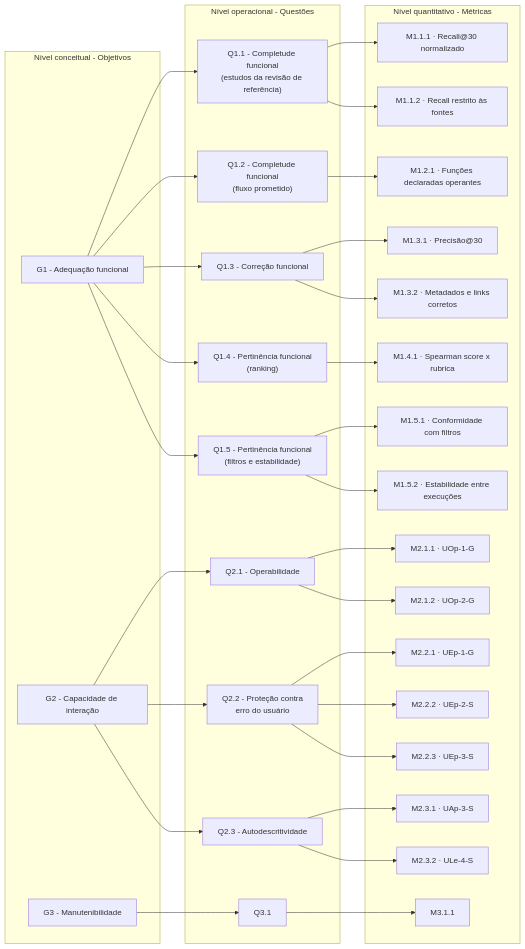
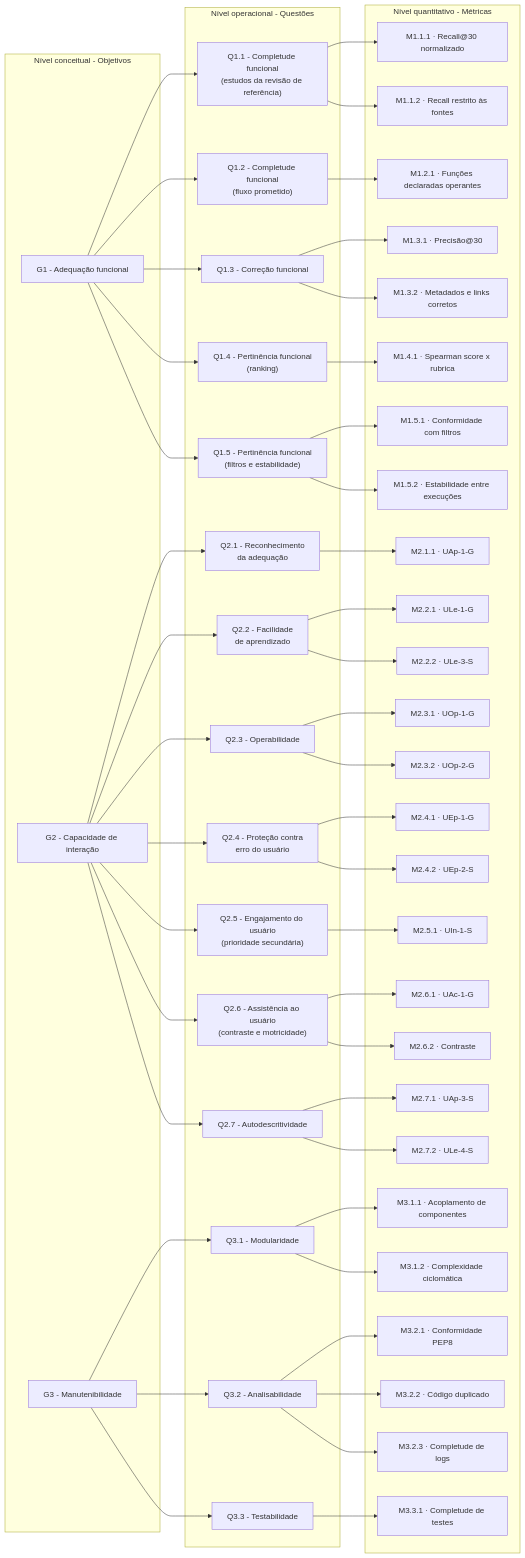
Before and after one commit to FCTE-Qualidade-de-Software-1/2026-2_T02_FRANCES_ALLEN: the diagram in docs/fase-2/diagrama-gqm.md, drawn with Mermaid. The commit also changed other lines of this file and 4 other files, not shown here.

Commit message:
G2 realinhado às sete subcaracterísticas de C2 e diagrama GQM completo com os três objetivos

````diff
--- a/docs/fase-2/diagrama-gqm.md
+++ b/docs/fase-2/diagrama-gqm.md
@@ -5,48 +5,71 @@
 ```mermaid
 flowchart LR
     subgraph N1["Nível conceitual - Objetivos"]
         G1["G1 - Adequação funcional"]
         G2["G2 - Capacidade de interação"]
         G3["G3 - Manutenibilidade"]
     end
     subgraph N2["Nível operacional - Questões"]
         Q11["Q1.1 - Completude funcional<br/>(estudos da revisão de referência)"]
         Q12["Q1.2 - Completude funcional<br/>(fluxo prometido)"]
         Q13["Q1.3 - Correção funcional"]
         Q14["Q1.4 - Pertinência funcional<br/>(ranking)"]
         Q15["Q1.5 - Pertinência funcional<br/>(filtros e estabilidade)"]
-        Q21["Q2.1 - Operabilidade"]
-        Q22["Q2.2 - Proteção contra<br/>erro do usuário"]
-        Q23["Q2.3 - Autodescritividade"]
-        Q31["Q3.1"]
+        Q21["Q2.1 - Reconhecimento<br/>da adequação"]
+        Q22["Q2.2 - Facilidade<br/>de aprendizado"]
+        Q23["Q2.3 - Operabilidade"]
+        Q24["Q2.4 - Proteção contra<br/>erro do usuário"]
+        Q25["Q2.5 - Engajamento do usuário<br/>(prioridade secundária)"]
+        Q26["Q2.6 - Assistência ao usuário<br/>(contraste e motricidade)"]
+        Q27["Q2.7 - Autodescritividade"]
+        Q31["Q3.1 - Modularidade"]
+        Q32["Q3.2 - Analisabilidade"]
+        Q33["Q3.3 - Testabilidade"]
     end
     subgraph N3["Nível quantitativo - Métricas"]
         M111["M1.1.1 · Recall@30 normalizado"]
         M112["M1.1.2 · Recall restrito às fontes"]
         M121["M1.2.1 · Funções declaradas operantes"]
         M131["M1.3.1 · Precisão@30"]
         M132["M1.3.2 · Metadados e links corretos"]
         M141["M1.4.1 · Spearman score x rubrica"]
         M151["M1.5.1 · Conformidade com filtros"]
         M152["M1.5.2 · Estabilidade entre execuções"]
-        M211["M2.1.1 · UOp-1-G"]
-        M212["M2.1.2 · UOp-2-G"]
-        M221["M2.2.1 · UEp-1-G"]
-        M222["M2.2.2 · UEp-2-S"]
-        M223["M2.2.3 · UEp-3-S"]
-        M231["M2.3.1 · UAp-3-S"]
-        M232["M2.3.2 · ULe-4-S"]
-        M311["M3.1.1"]
+        M211["M2.1.1 · UAp-1-G"]
+        M221["M2.2.1 · ULe-1-G"]
+        M222["M2.2.2 · ULe-3-S"]
+        M231["M2.3.1 · UOp-1-G"]
+        M232["M2.3.2 · UOp-2-G"]
+        M241["M2.4.1 · UEp-1-G"]
+        M242["M2.4.2 · UEp-2-S"]
+        M251["M2.5.1 · UIn-1-S"]
+        M261["M2.6.1 · UAc-1-G"]
+        M262["M2.6.2 · Contraste"]
+        M271["M2.7.1 · UAp-3-S"]
+        M272["M2.7.2 · ULe-4-S"]
+        M311["M3.1.1 · Acoplamento de componentes"]
+        M312["M3.1.2 · Complexidade ciclomática"]
+        M321["M3.2.1 · Conformidade PEP8"]
+        M322["M3.2.2 · Código duplicado"]
+        M323["M3.2.3 · Completude de logs"]
+        M331["M3.3.1 · Completude de testes"]
     end
     G1 --> Q11 & Q12 & Q13 & Q14 & Q15
     Q11 --> M111 & M112
     Q12 --> M121
     Q13 --> M131 & M132
     Q14 --> M141
     Q15 --> M151 & M152
-    G2 --> Q21 & Q22 & Q23
-    Q21 --> M211 & M212
-    Q22 --> M221 & M222 & M223
+    G2 --> Q21 & Q22 & Q23 & Q24 & Q25 & Q26 & Q27
+    Q21 --> M211
+    Q22 --> M221 & M222
     Q23 --> M231 & M232
-    G3 --> Q31 --> M311
+    Q24 --> M241 & M242
+    Q25 --> M251
+    Q26 --> M261 & M262
+    Q27 --> M271 & M272
+    G3 --> Q31 & Q32 & Q33
+    Q31 --> M311 & M312
+    Q32 --> M321 & M322 & M323
+    Q33 --> M331
 ```
````
